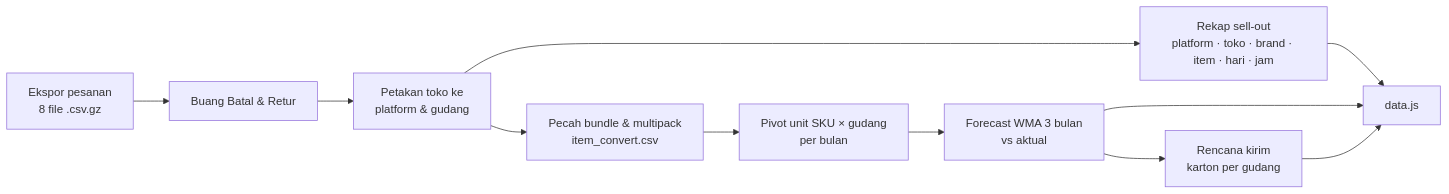
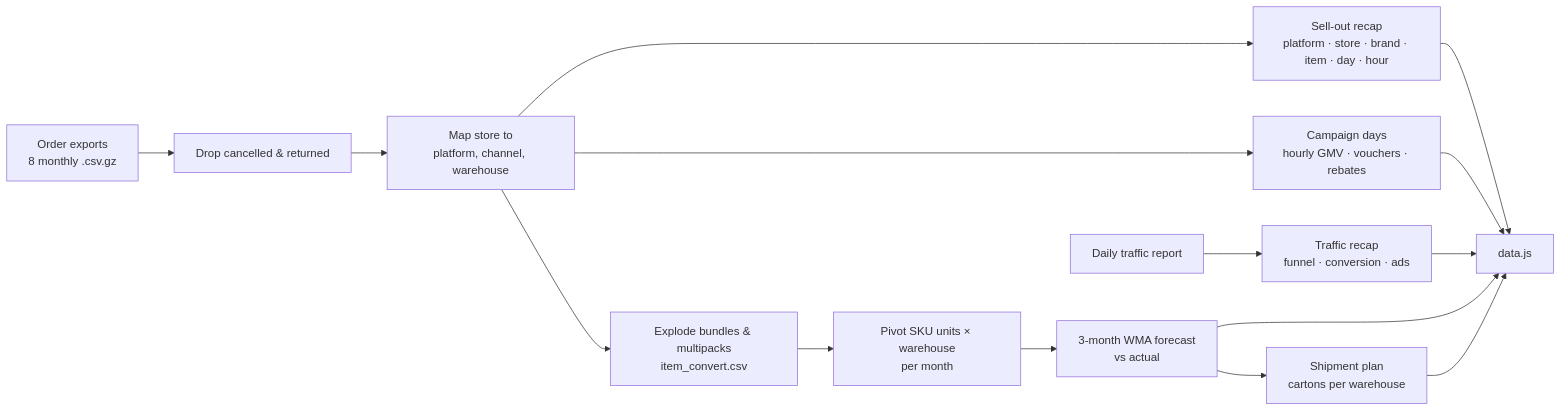
One commit to andinasywan/ecommerce-analytics-dashboard changed the diagram in README.md. Above: the diagram before and after it, drawn with Mermaid. The commit also changed other lines of this file and 34 other files, not shown here.

First line of the commit message:
Translate dashboard to English, add Traffic and Campaign days pages

````diff
--- a/README.md
+++ b/README.md
@@ -44,13 +59,17 @@
 ```mermaid
 flowchart LR
-  A[Ekspor pesanan<br/>8 file .csv.gz] --> B[Buang Batal & Retur]
-  B --> C[Petakan toko ke<br/>platform & gudang]
-  C --> D[Rekap sell-out<br/>platform · toko · brand · item · hari · jam]
-  C --> E[Pecah bundle & multipack<br/>item_convert.csv]
-  E --> F[Pivot unit SKU × gudang<br/>per bulan]
-  F --> G[Forecast WMA 3 bulan<br/>vs aktual]
-  G --> H[Rencana kirim<br/>karton per gudang]
+  A[Order exports<br/>8 monthly .csv.gz] --> B[Drop cancelled & returned]
+  B --> C[Map store to<br/>platform, channel, warehouse]
+  C --> D[Sell-out recap<br/>platform · store · brand · item · day · hour]
+  C --> K[Campaign days<br/>hourly GMV · vouchers · rebates]
+  T[Daily traffic report] --> L[Traffic recap<br/>funnel · conversion · ads]
+  C --> E[Explode bundles & multipacks<br/>item_convert.csv]
+  E --> F[Pivot SKU units × warehouse<br/>per month]
+  F --> G[3-month WMA forecast<br/>vs actual]
+  G --> H[Shipment plan<br/>cartons per warehouse]
   D --> I[data.js]
+  K --> I
+  L --> I
   G --> I
   H --> I
 ```
````
